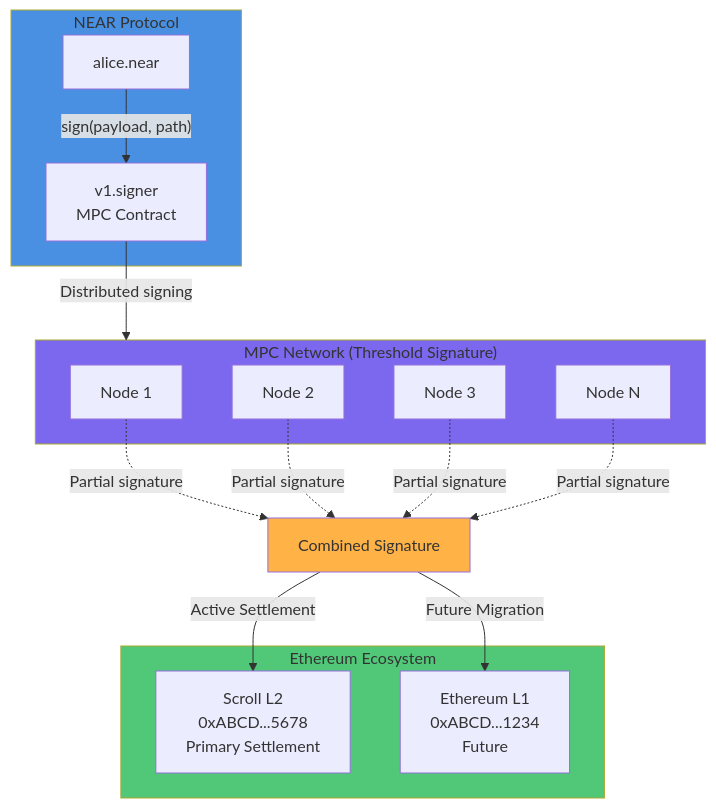
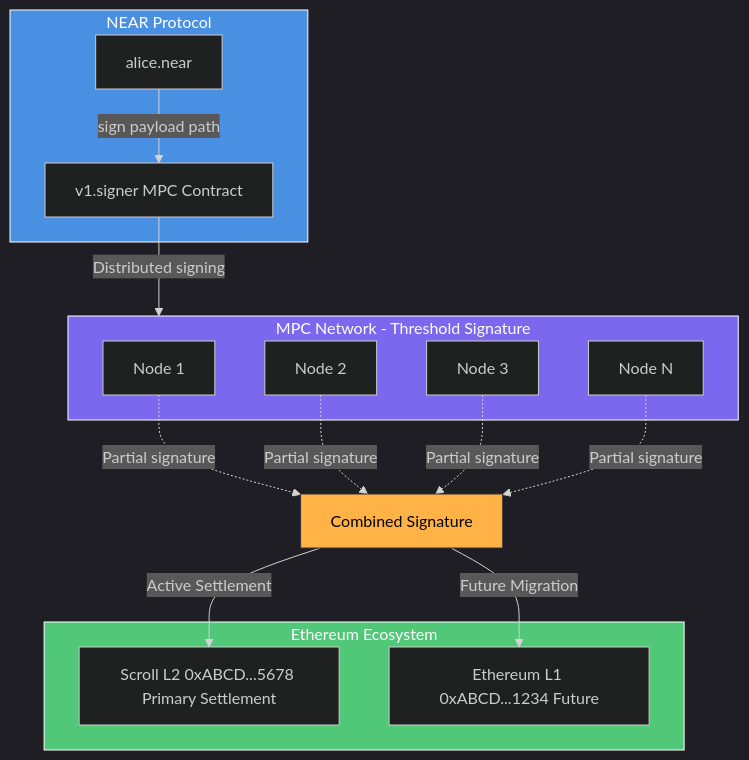
One commit to communisaas/voter-protocol changed the third of 9 diagrams in ARCHITECTURE.md. Above: the diagram before and after it, drawn with Mermaid. The commit also changed other lines of this file, not shown here.

First line of the commit message:
fix: Make all mermaid diagrams dark mode compatible

````diff
--- a/ARCHITECTURE.md
+++ b/ARCHITECTURE.md
@@ -264,34 +266,35 @@
 ```mermaid
+%%{init: {'theme':'dark', 'themeVariables': { 'primaryTextColor':'#fff'}}}%%
 flowchart TB
     subgraph NEAR["NEAR Protocol"]
         Account[alice.near]
-        Signer[v1.signer<br/>MPC Contract]
+        Signer[v1.signer MPC Contract]
     end
 
-    subgraph MPC["MPC Network (Threshold Signature)"]
+    subgraph MPC["MPC Network - Threshold Signature"]
         Node1[Node 1]
         Node2[Node 2]
         Node3[Node 3]
         NodeN[Node N]
     end
 
     subgraph Ethereum["Ethereum Ecosystem"]
-        Scroll[Scroll L2<br/>0xABCD...5678<br/>Primary Settlement]
-        ETH[Ethereum L1<br/>0xABCD...1234<br/>Future]
+        Scroll[Scroll L2 0xABCD...5678 Primary Settlement]
+        ETH[Ethereum L1 0xABCD...1234 Future]
     end
 
-    Account -->|"sign(payload, path)"| Signer
+    Account -->|sign payload path| Signer
     Signer -->|Distributed signing| MPC
     Node1 -.Partial signature.-> Combine[Combined Signature]
     Node2 -.Partial signature.-> Combine
     Node3 -.Partial signature.-> Combine
     NodeN -.Partial signature.-> Combine
 
     Combine -->|Active Settlement| Scroll
     Combine -->|Future Migration| ETH
 
-    style NEAR fill:#4A90E2
-    style MPC fill:#7B68EE
-    style Ethereum fill:#50C878
-    style Combine fill:#FFB347
+    style NEAR fill:#4A90E2,stroke:#fff,color:#fff
+    style MPC fill:#7B68EE,stroke:#fff,color:#fff
+    style Ethereum fill:#50C878,stroke:#fff,color:#fff
+    style Combine fill:#FFB347,stroke:#333,color:#000
 ```
````
